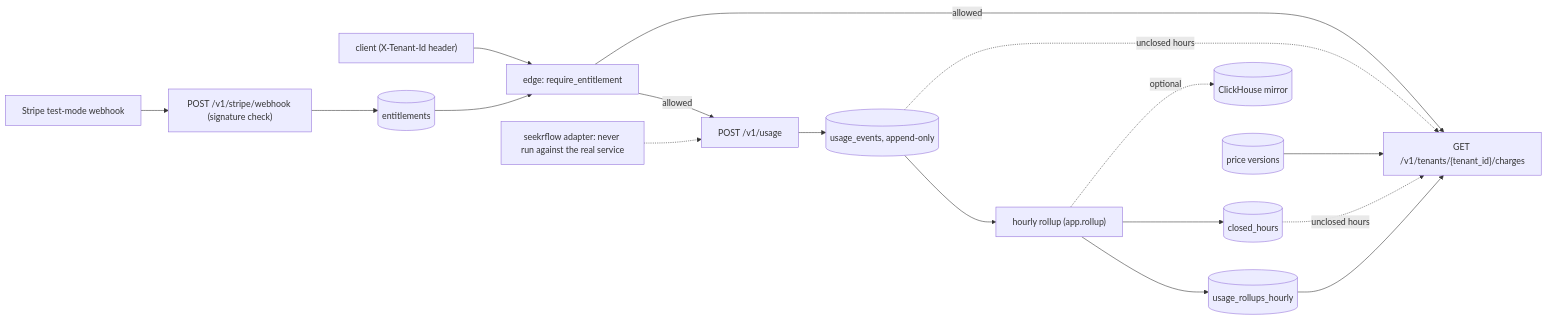
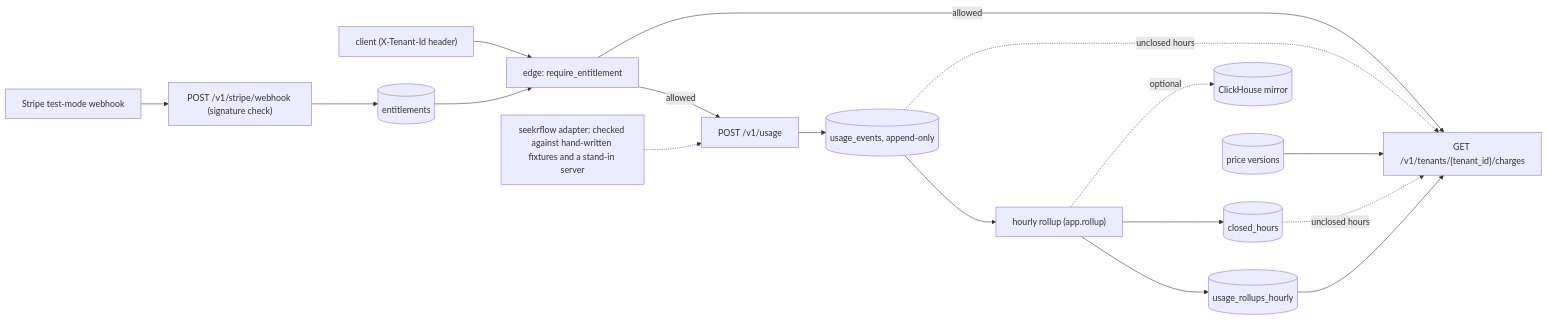
Before and after one commit to bryankthompson/usage-metering-service: the diagram in README.md, drawn with Mermaid. The commit also changed other lines of this file, not shown here.

````diff
--- a/README.md
+++ b/README.md
@@ -17,19 +17,19 @@
 ```mermaid
 flowchart LR
     client["client (X-Tenant-Id header)"] --> edge["edge: require_entitlement"]
     edge -->|allowed| ingest["POST /v1/usage"]
     ingest --> events[("usage_events, append-only")]
     events --> rollup["hourly rollup (app.rollup)"]
     rollup --> rollups[("usage_rollups_hourly")]
     rollup --> closed[("closed_hours")]
     rollup -.->|optional| ch[("ClickHouse mirror")]
     rollups --> charges["GET /v1/tenants/{tenant_id}/charges"]
     closed -.->|unclosed hours| charges
     events -.->|unclosed hours| charges
     prices[("price versions")] --> charges
     edge -->|allowed| charges
     stripe["Stripe test-mode webhook"] --> hook["POST /v1/stripe/webhook (signature check)"]
     hook --> ent[("entitlements")]
     ent --> edge
-    adapter["seekrflow adapter: never run against the real service"] -.-> ingest
+    adapter["seekrflow adapter: checked against hand-written fixtures and a stand-in server"] -.-> ingest
 ```
````
